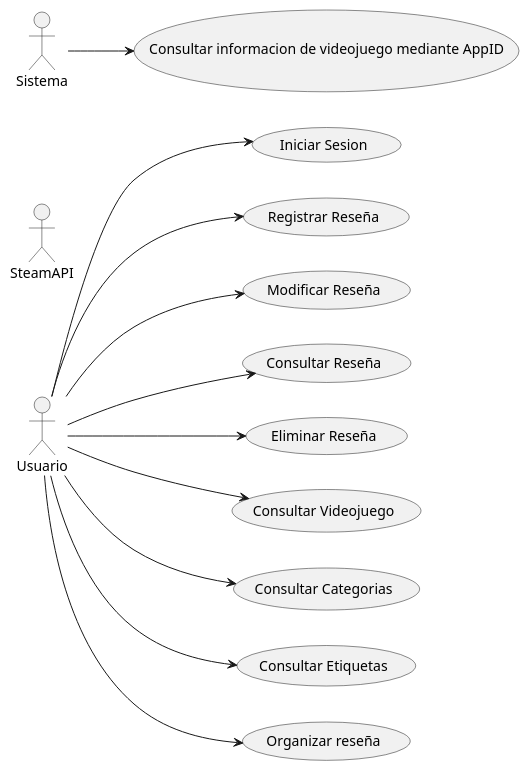
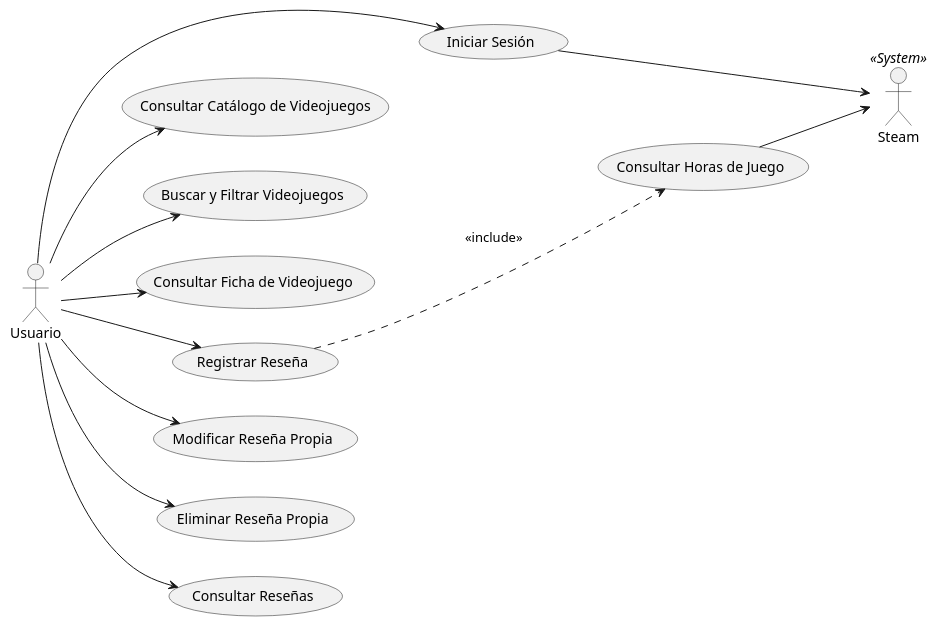
The diagram in CU.plantuml (ScursatoneGino16/SeminarioIntegrador2026), drawn with PlantUML before and after one commit.

Commit message:
Correccion de Diagrama de CU
-

```diff
--- a/CU.plantuml
+++ b/CU.plantuml
@@ -1,20 +1,22 @@
 @startuml CU
 left to right direction
 
 actor Usuario
-actor SteamAPI
+actor Steam << System >>
+  
+Usuario --> (Iniciar Sesión)
+(Iniciar Sesión) --> Steam
 
-Usuario --> (Iniciar Sesion)
+Usuario --> (Consultar Catálogo de Videojuegos)
+Usuario --> (Buscar y Filtrar Videojuegos)
+Usuario --> (Consultar Ficha de Videojuego)
+  
+
 Usuario --> (Registrar Reseña)
-Usuario --> (Modificar Reseña)
-Usuario --> (Consultar Reseña)
-Usuario --> (Eliminar Reseña)
-Usuario --> (Consultar Videojuego)
-Usuario --> (Consultar Categorias)
-Usuario --> (Consultar Etiquetas)
-Usuario --> (Organizar reseña)
-
-Sistema --> (Consultar informacion de videojuego mediante AppID)
-
-
+Usuario --> (Modificar Reseña Propia)
+Usuario --> (Eliminar Reseña Propia)
+Usuario --> (Consultar Reseñas)
+  
+(Registrar Reseña) ..> (Consultar Horas de Juego) : <<include>>
+(Consultar Horas de Juego) --> Steam
 @enduml
```
